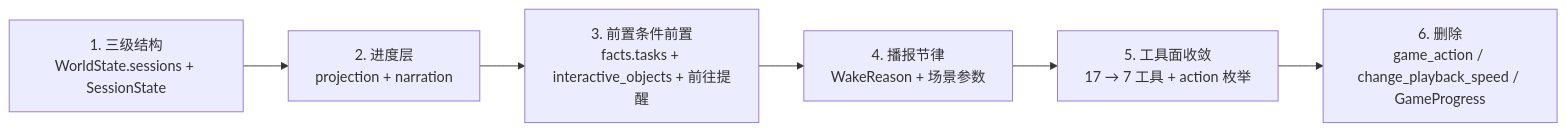
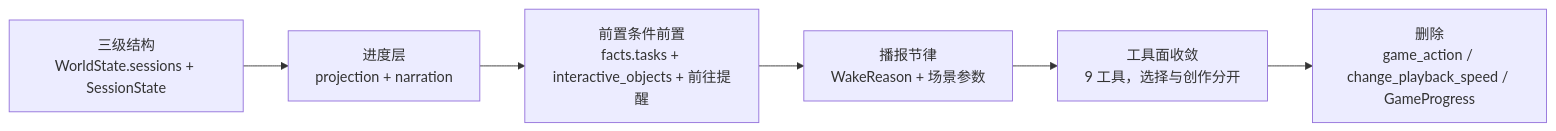
Before and after one commit to HoldThatThgt/WorldMock: the fifth of 5 diagrams in docs/dev/SPEC-agent-interaction.md, drawn with Mermaid. The commit also changed other lines of this file and 169 other files, not shown here.

````diff
--- a/docs/dev/SPEC-agent-interaction.md
+++ b/docs/dev/SPEC-agent-interaction.md
@@ -413,8 +518,8 @@
 ```mermaid
 flowchart LR
-    A["1. 三级结构<br/>WorldState.sessions + SessionState"] --> B["2. 进度层<br/>projection + narration"]
-    B --> C["3. 前置条件前置<br/>facts.tasks + interactive_objects + 前往提醒"]
-    C --> D["4. 播报节律<br/>WakeReason + 场景参数"]
-    D --> E["5. 工具面收敛<br/>17 → 7 工具 + action 枚举"]
-    E --> F["6. 删除<br/>game_action / change_playback_speed / GameProgress"]
+    A["三级结构<br/>WorldState.sessions + SessionState"] --> B["进度层<br/>projection + narration"]
+    B --> C["前置条件前置<br/>facts.tasks + interactive_objects + 前往提醒"]
+    C --> D["播报节律<br/>WakeReason + 场景参数"]
+    D --> E["工具面收敛<br/>9 工具，选择与创作分开"]
+    E --> F["删除<br/>game_action / change_playback_speed / GameProgress"]
 ```
````
